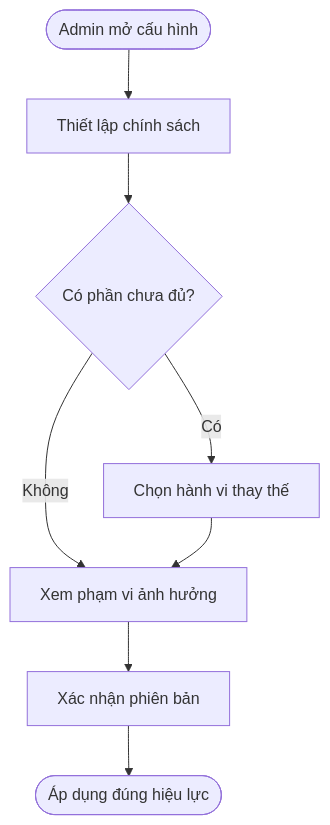
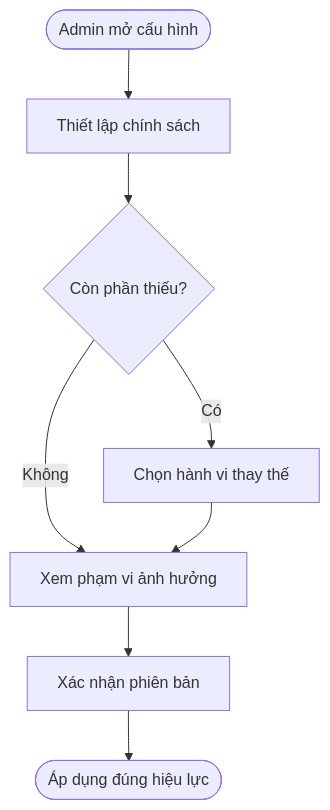
The first of 10 diagrams in nexora/docs/business/oneqr-sponsor-override.md (vlink-group/VlinkPay), drawn with Mermaid before and after one commit. The commit also changed other lines of this file, not shown here.

````diff
--- a/nexora/docs/business/oneqr-sponsor-override.md
+++ b/nexora/docs/business/oneqr-sponsor-override.md
@@ -101,10 +134,10 @@
 ```mermaid
 flowchart TD
     A([Admin mở cấu hình]) --> B[Thiết lập chính sách]
-    B --> C{Có phần chưa đủ?}
+    B --> C{Còn phần thiếu?}
     C -- Có --> D[Chọn hành vi thay thế]
     C -- Không --> E[Xem phạm vi ảnh hưởng]
     D --> E
     E --> F[Xác nhận phiên bản]
     F --> G([Áp dụng đúng hiệu lực])
 ```
````
